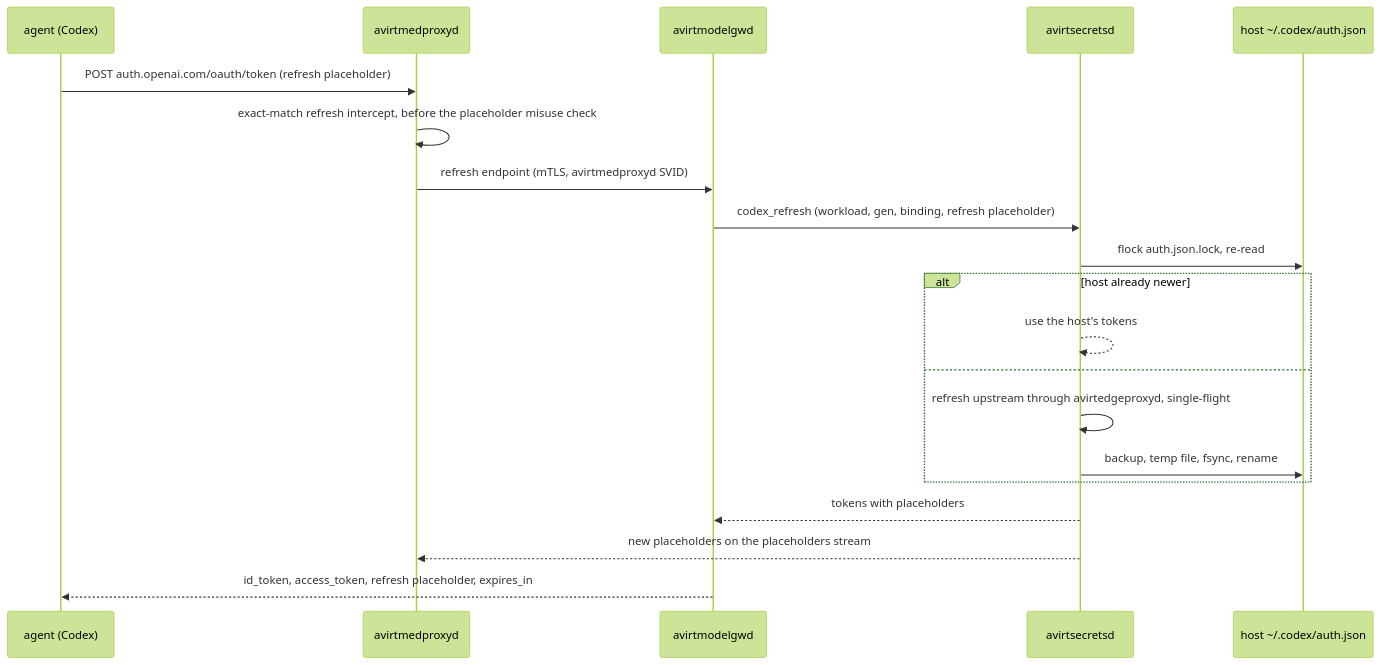
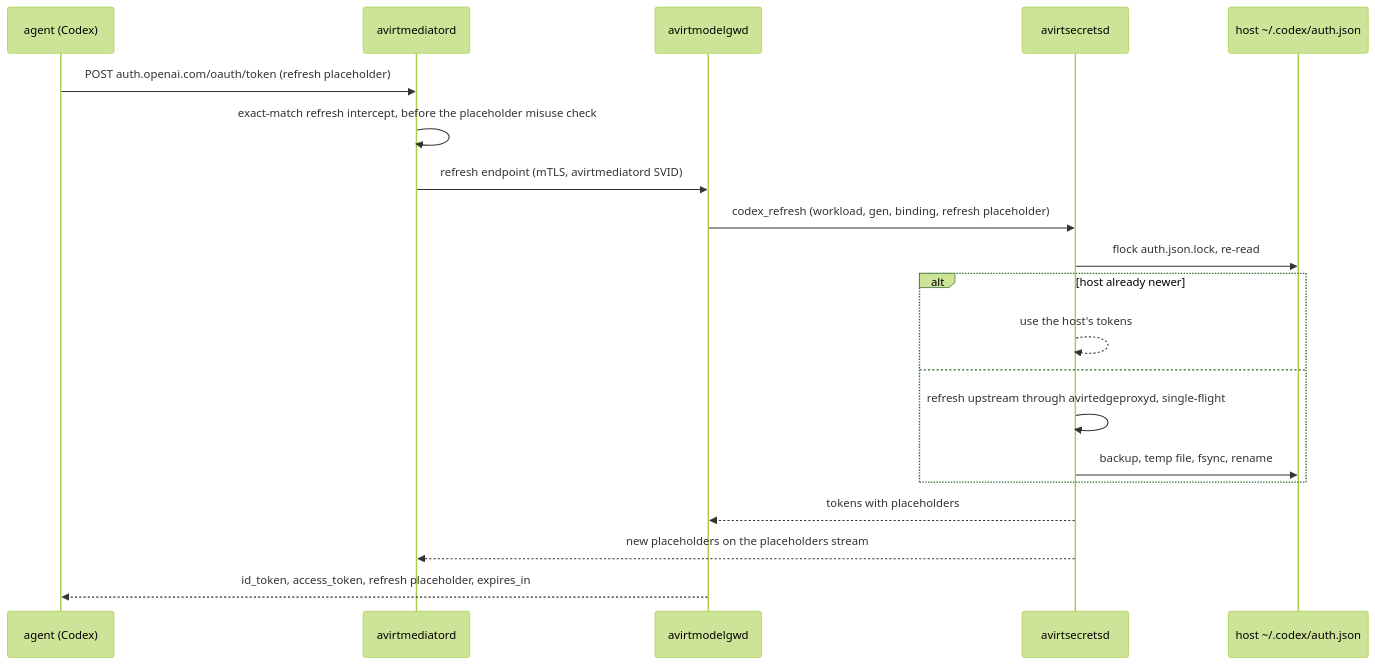
The third of 3 diagrams in docs/egress-credentials.md (tbhb-dev/avirt), drawn with Mermaid (forest theme) before and after one commit. The commit also changed other lines of this file and 116 other files, not shown here.

````diff
--- a/docs/egress-credentials.md
+++ b/docs/egress-credentials.md
@@ -251,22 +249,22 @@
 ```mermaid
 sequenceDiagram
     participant A as agent (Codex)
-    participant E as avirtmedproxyd
+    participant E as avirtmediatord
     participant G as avirtmodelgwd
     participant S as avirtsecretsd
     participant H as host ~/.codex/auth.json
     A->>E: POST auth.openai.com/oauth/token (refresh placeholder)
     E->>E: exact-match refresh intercept, before the placeholder misuse check
-    E->>G: refresh endpoint (mTLS, avirtmedproxyd SVID)
+    E->>G: refresh endpoint (mTLS, avirtmediatord SVID)
     G->>S: codex_refresh (workload, gen, binding, refresh placeholder)
     S->>H: flock auth.json.lock, re-read
     alt host already newer
         S-->>S: use the host's tokens
     else
         S->>S: refresh upstream through avirtedgeproxyd, single-flight
         S->>H: backup, temp file, fsync, rename
     end
     S-->>G: tokens with placeholders
     S-->>E: new placeholders on the placeholders stream
     G-->>A: id_token, access_token, refresh placeholder, expires_in
 ```
````
